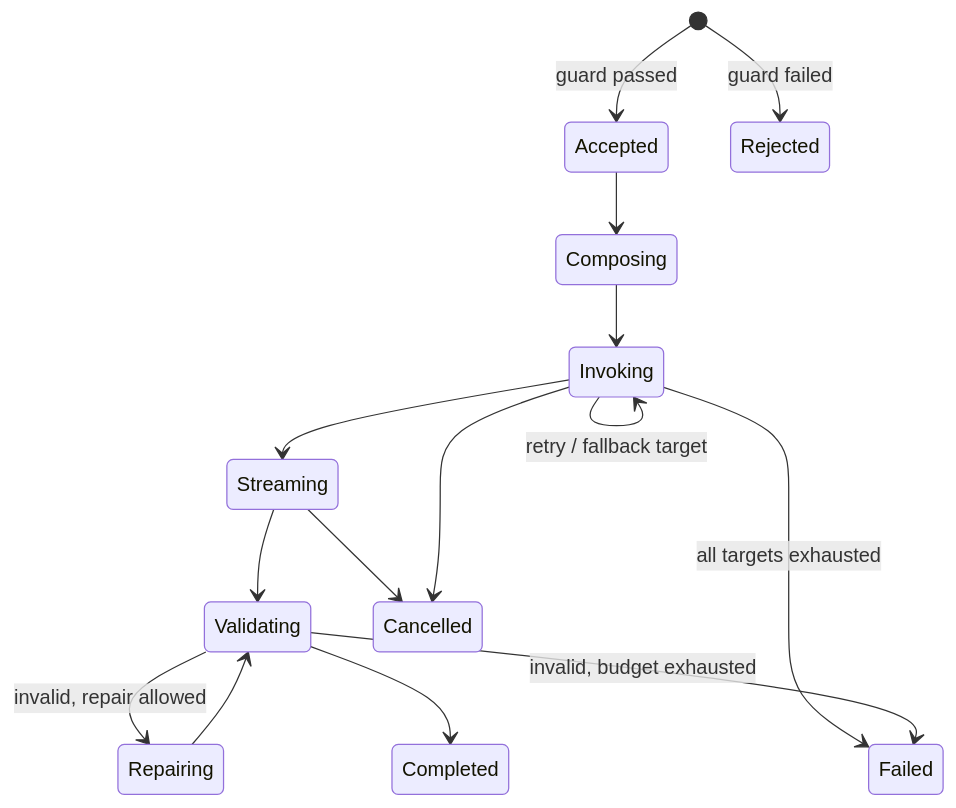
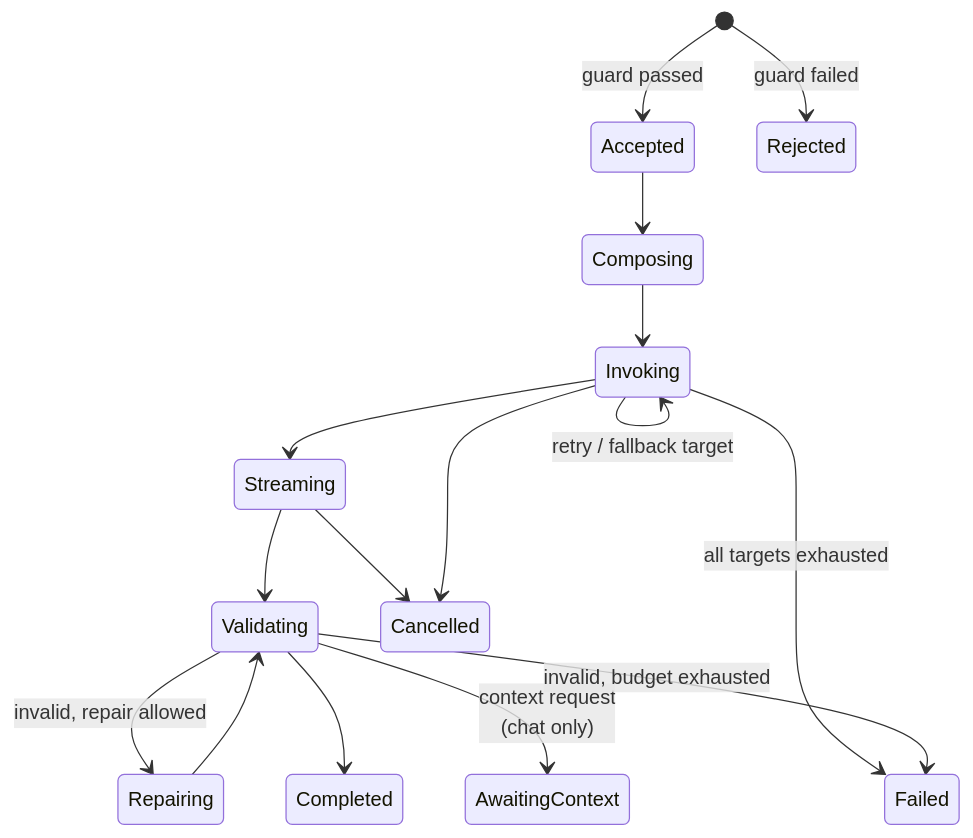
One commit to haythamosama95/AiClinic changed the fifth of 6 diagrams in docs/architecture/17a-ai-platform-overview.md. Above: the diagram before and after it, drawn with Mermaid. The commit also changed other lines of this file and 7 other files, not shown here.

Commit message:
Adding AI Platform Architectural Documents and Delivery Plan along with the speckit driving commands

````diff
--- a/docs/architecture/17a-ai-platform-overview.md
+++ b/docs/architecture/17a-ai-platform-overview.md
@@ -423,17 +530,18 @@
 ```mermaid
 stateDiagram-v2
     [*] --> Accepted: guard passed
     [*] --> Rejected: guard failed
     Accepted --> Composing
     Composing --> Invoking
     Invoking --> Invoking: retry / fallback target
     Invoking --> Streaming
     Invoking --> Failed: all targets exhausted
     Streaming --> Validating
     Streaming --> Cancelled
     Invoking --> Cancelled
     Validating --> Repairing: invalid, repair allowed
     Repairing --> Validating
     Validating --> Completed
+    Validating --> AwaitingContext: context request<br/>(chat only)
     Validating --> Failed: invalid, budget exhausted
 ```
````
